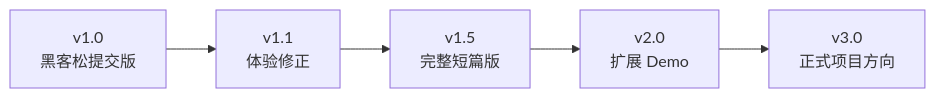
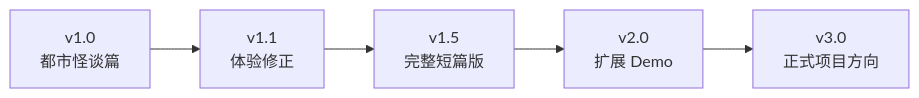
The first of 2 diagrams in README.md (Future-Hero-Quest/future-hero-quest), drawn with Mermaid before and after one commit. The commit also changed other lines of this file and 6 other files, not shown here.

````diff
--- a/README.md
+++ b/README.md
@@ -37,7 +38,7 @@
 ```mermaid
 flowchart LR
-    V1["v1.0<br/>黑客松提交版"] --> V11["v1.1<br/>体验修正"]
+    V1["v1.0<br/>都市怪谈篇"] --> V11["v1.1<br/>体验修正"]
     V11 --> V15["v1.5<br/>完整短篇版"]
     V15 --> V2["v2.0<br/>扩展 Demo"]
     V2 --> V3["v3.0<br/>正式项目方向"]
 ```
````
